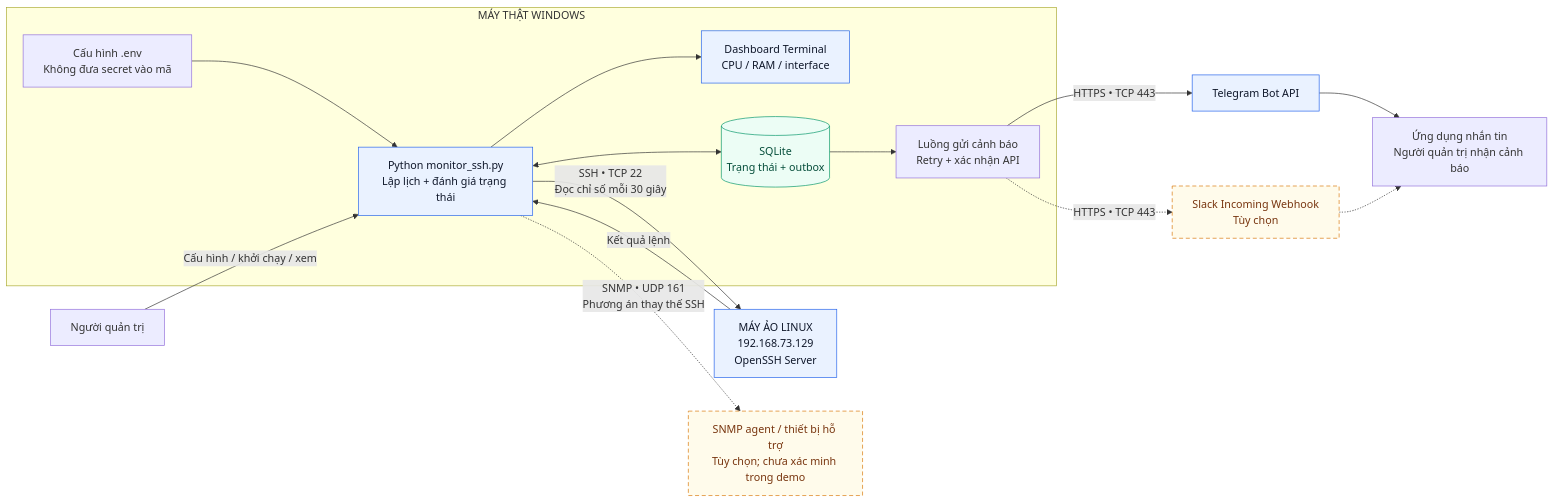
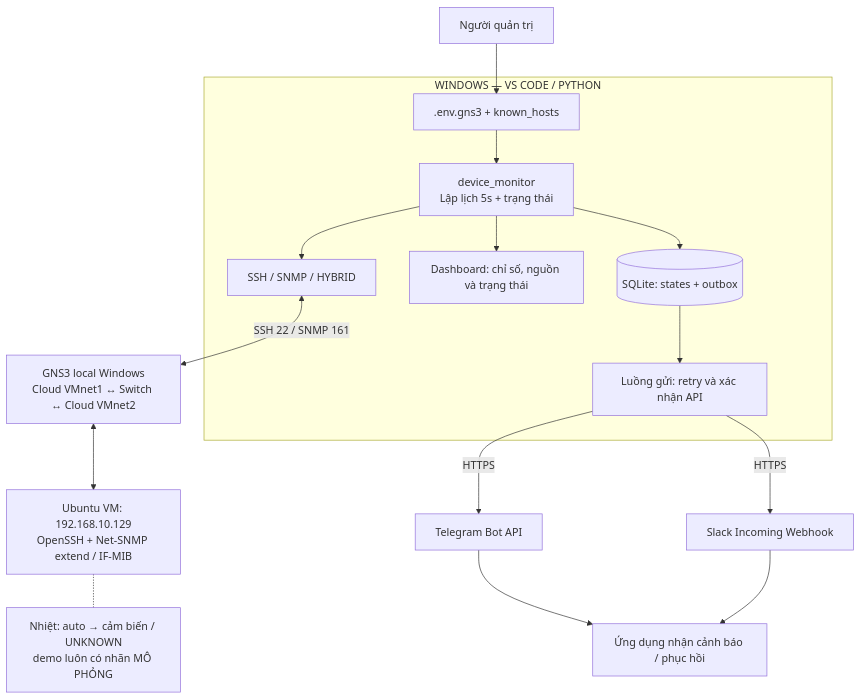
The diagram in docs/diagrams/source/01-kien-truc-tong-the.mmd (tunato2807-del/qtmnc), drawn with Mermaid before and after one commit. The commit also changed 68 other files, not shown here.

Commit message:
Rebuild monitoring project for GNS3 SSH SNMP lab with detailed Windows guide

```diff
--- a/docs/diagrams/source/01-kien-truc-tong-the.mmd
+++ b/docs/diagrams/source/01-kien-truc-tong-the.mmd
@@ -1,32 +1,25 @@
-flowchart LR
+flowchart TB
     admin["Người quản trị"]
-    subgraph pc["MÁY THẬT WINDOWS"]
-        env["Cấu hình .env<br/>Không đưa secret vào mã"]
-        core["Python monitor_ssh.py<br/>Lập lịch + đánh giá trạng thái"]
-        ui["Dashboard Terminal<br/>CPU / RAM / interface"]
-        db[("SQLite<br/>Trạng thái + outbox")]
-        sender["Luồng gửi cảnh báo<br/>Retry + xác nhận API"]
-        env --> core
-        core --> ui
-        core <--> db
-        db --> sender
+    subgraph win["WINDOWS — VS CODE / PYTHON"]
+      env[".env.gns3 + known_hosts"]
+      app["device_monitor<br/>Lập lịch 5s + trạng thái"]
+      collectors["SSH / SNMP / HYBRID"]
+      ui["Dashboard: chỉ số, nguồn và trạng thái"]
+      db[("SQLite: states + outbox")]
+      sender["Luồng gửi: retry và xác nhận API"]
+      env --> app --> collectors
+      app --> ui
+      app --> db --> sender
     end
-    linux["MÁY ẢO LINUX<br/>192.168.73.129<br/>OpenSSH Server"]
-    agent["SNMP agent / thiết bị hỗ trợ<br/>Tùy chọn; chưa xác minh trong demo"]
-    telegram["Telegram Bot API"]
-    slack["Slack Incoming Webhook<br/>Tùy chọn"]
-    app["Ứng dụng nhắn tin<br/>Người quản trị nhận cảnh báo"]
-    admin -->|"Cấu hình / khởi chạy / xem"| core
-    core -->|"SSH • TCP 22<br/>Đọc chỉ số mỗi 30 giây"| linux
-    linux -->|"Kết quả lệnh"| core
-    core -. "SNMP • UDP 161<br/>Phương án thay thế SSH" .-> agent
-    sender -->|"HTTPS • TCP 443"| telegram
-    sender -. "HTTPS • TCP 443" .-> slack
-    telegram --> app
-    slack -.-> app
-    classDef primary fill:#eaf2ff,stroke:#2563eb,color:#0f172a;
-    classDef storage fill:#ecfdf5,stroke:#059669,color:#064e3b;
-    classDef optional fill:#fffbeb,stroke:#d97706,stroke-dasharray:6 4,color:#78350f;
-    class core,linux,telegram,ui primary;
-    class db storage;
-    class agent,slack optional;
+    gns["GNS3 local Windows<br/>Cloud VMnet1 ↔ Switch ↔ Cloud VMnet2"]
+    linux["Ubuntu VM: 192.168.10.129<br/>OpenSSH + Net-SNMP extend / IF-MIB"]
+    temp["Nhiệt: auto → cảm biến / UNKNOWN<br/>demo luôn có nhãn MÔ PHỎNG"]
+    tg["Telegram Bot API"]
+    slack["Slack Incoming Webhook"]
+    receiver["Ứng dụng nhận cảnh báo / phục hồi"]
+    admin --> env
+    collectors <-->|"SSH 22 / SNMP 161"| gns
+    gns <--> linux
+    linux -.- temp
+    sender -->|"HTTPS"| tg --> receiver
+    sender -->|"HTTPS"| slack --> receiver
```
